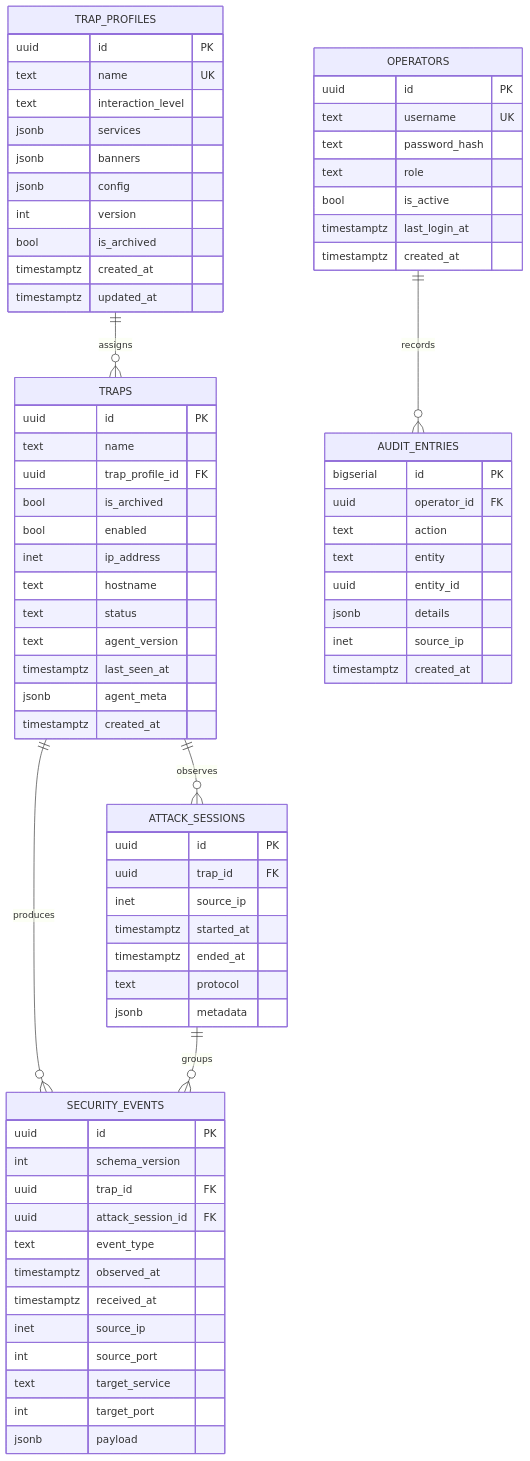
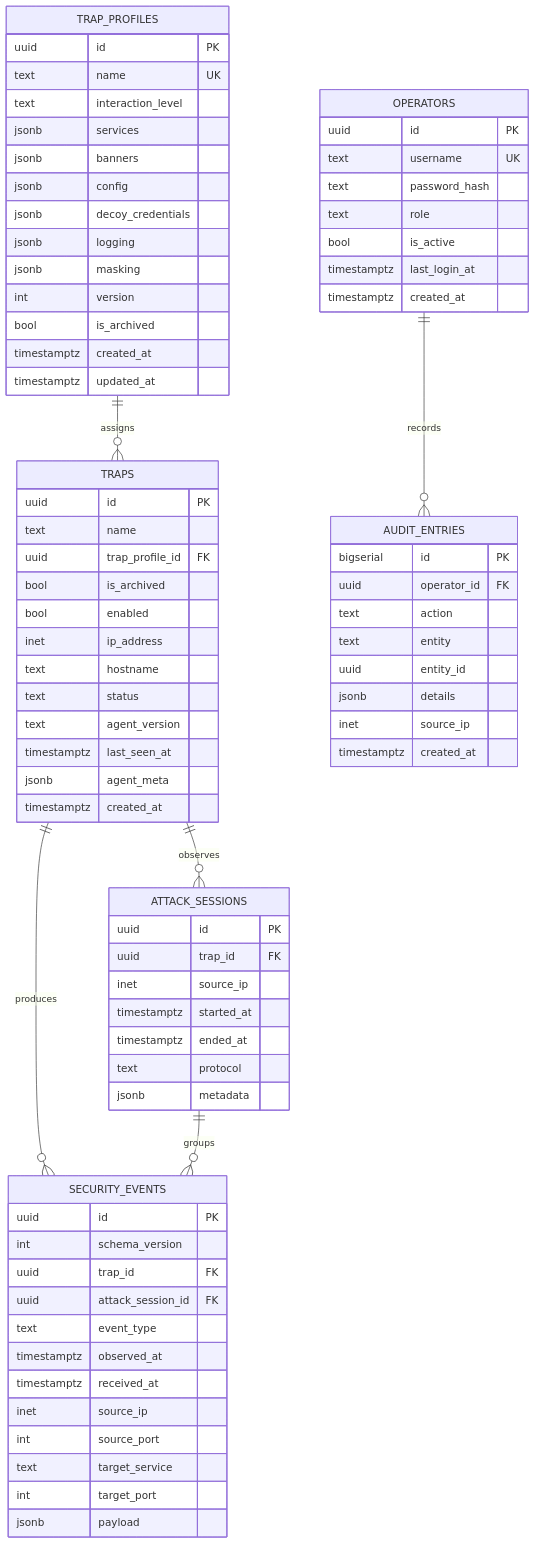
One commit to ArtiKn/HoneyForge changed the diagram in docs/database.md. Above: the diagram before and after it, drawn with Mermaid. The commit also changed other lines of this file and 20 other files, not shown here.

Commit message:
Add Trap Profile decoy, logging, and masking

````diff
--- a/docs/database.md
+++ b/docs/database.md
@@ -5,77 +5,80 @@
 ```mermaid
 erDiagram
     TRAP_PROFILES ||--o{ TRAPS : assigns
     TRAPS ||--o{ ATTACK_SESSIONS : observes
     TRAPS ||--o{ SECURITY_EVENTS : produces
     ATTACK_SESSIONS ||--o{ SECURITY_EVENTS : groups
     OPERATORS ||--o{ AUDIT_ENTRIES : records
 
     TRAP_PROFILES {
         uuid id PK
         text name UK
         text interaction_level
         jsonb services
         jsonb banners
         jsonb config
+        jsonb decoy_credentials
+        jsonb logging
+        jsonb masking
         int version
         bool is_archived
         timestamptz created_at
         timestamptz updated_at
     }
     TRAPS {
         uuid id PK
         text name
         uuid trap_profile_id FK
         bool is_archived
         bool enabled
         inet ip_address
         text hostname
         text status
         text agent_version
         timestamptz last_seen_at
         jsonb agent_meta
         timestamptz created_at
     }
     ATTACK_SESSIONS {
         uuid id PK
         uuid trap_id FK
         inet source_ip
         timestamptz started_at
         timestamptz ended_at
         text protocol
         jsonb metadata
     }
     SECURITY_EVENTS {
         uuid id PK
         int schema_version
         uuid trap_id FK
         uuid attack_session_id FK
         text event_type
         timestamptz observed_at
         timestamptz received_at
         inet source_ip
         int source_port
         text target_service
         int target_port
         jsonb payload
     }
     OPERATORS {
         uuid id PK
         text username UK
         text password_hash
         text role
         bool is_active
         timestamptz last_login_at
         timestamptz created_at
     }
     AUDIT_ENTRIES {
         bigserial id PK
         uuid operator_id FK
         text action
         text entity
         uuid entity_id
         jsonb details
         inet source_ip
         timestamptz created_at
     }
 ```
````
